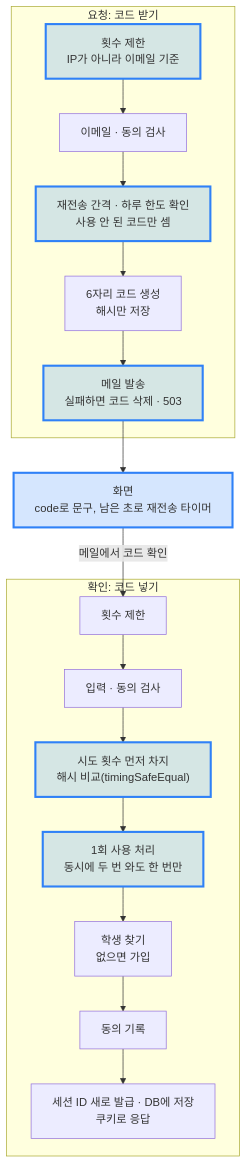
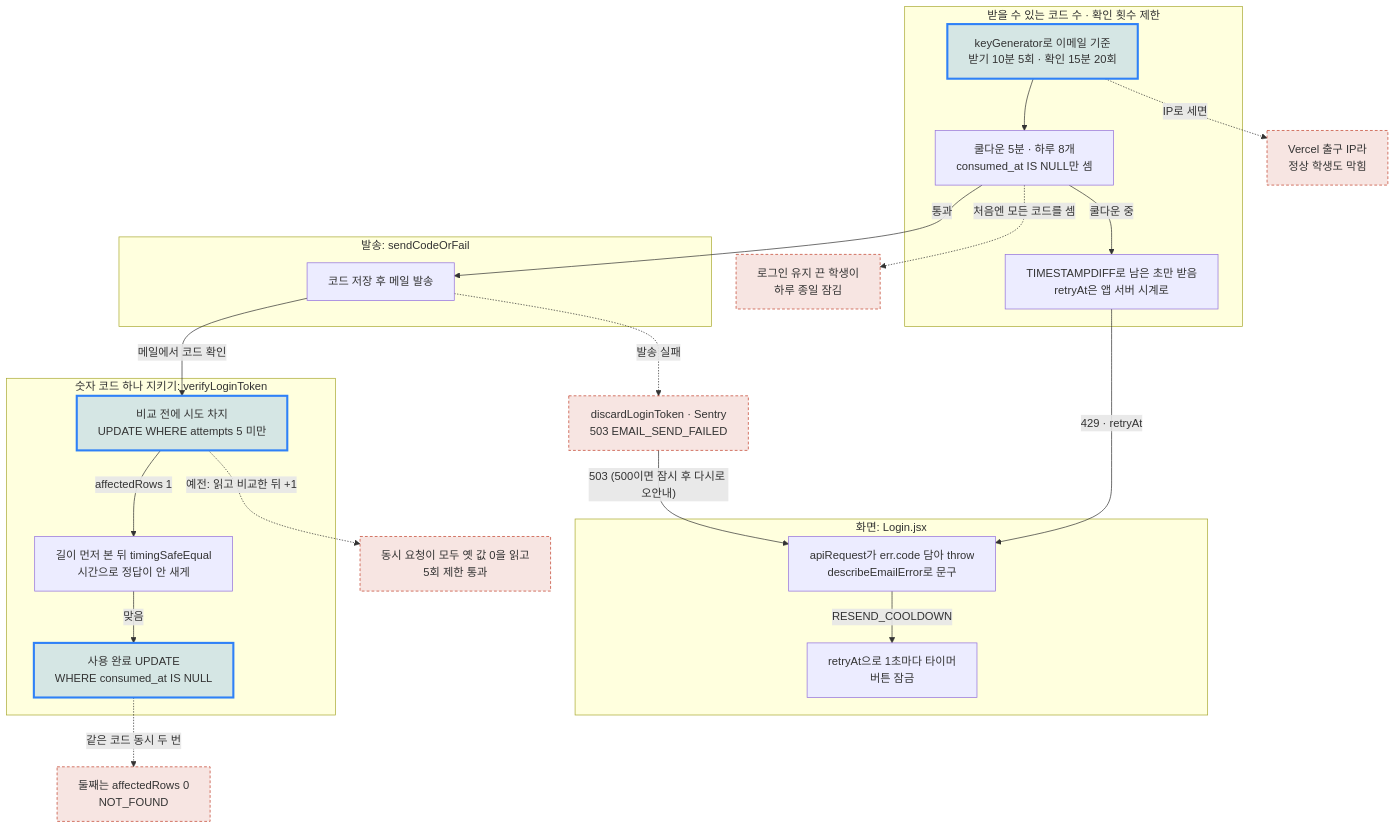
Before and after one commit to ChildrenAon/TIL: the first of 3 diagrams in 2026/November/11-11.md, drawn with Mermaid. The commit also changed other lines of this file, not shown here.

Commit message:
[ONE Student] 이메일 로그인 안전장치 [JavaScript] 이중 부정 [React] 훅 기초
고침: 맨 위 그림을 그날 내용이 담긴 그림 한 장으로 바꿈

````diff
--- a/2026/November/11-11.md
+++ b/2026/November/11-11.md
@@ -26,20 +27,34 @@
 ```mermaid
 %%{init: {"flowchart": {"wrappingWidth": 600}, "themeCSS": ".edgeLabel div { display: table-cell !important; width: auto !important; max-width: none !important; white-space: nowrap !important; } .edgeLabel p { padding: 5px 12px !important; margin: 0 !important; background: #55555599; } .edgeLabel, .edgeLabel span, .edgeLabel .labelBkg { background: transparent !important; }"}}%%
 flowchart TD
-  subgraph REQ["요청: 코드 받기"]
-    R1["횟수 제한<br/>IP가 아니라 이메일 기준"] --> R2["이메일 · 동의 검사"]
-    R2 --> R3["재전송 간격 · 하루 한도 확인<br/>사용 안 된 코드만 셈"]
-    R3 --> R4["6자리 코드 생성<br/>해시만 저장"] --> R5["메일 발송<br/>실패하면 코드 삭제 · 503"]
+  subgraph LIM["받을 수 있는 코드 수 · 확인 횟수 제한"]
+    L1["keyGenerator로 이메일 기준<br/>받기 10분 5회 · 확인 15분 20회"]
+    L1 --> L2["쿨다운 5분 · 하루 8개<br/>consumed_at IS NULL만 셈"]
+    L2 -->|"쿨다운 중"| L3["TIMESTAMPDIFF로 남은 초만 받음<br/>retryAt은 앱 서버 시계로"]
   end
-  subgraph VER["확인: 코드 넣기"]
-    V1["횟수 제한"] --> V2["입력 · 동의 검사"]
-    V2 --> V3["시도 횟수 먼저 차지<br/>해시 비교(timingSafeEqual)"]
-    V3 --> V4["1회 사용 처리<br/>동시에 두 번 와도 한 번만"]
-    V4 --> V5["학생 찾기<br/>없으면 가입"] --> V6["동의 기록"]
-    V6 --> V7["세션 ID 새로 발급 · DB에 저장<br/>쿠키로 응답"]
+  subgraph SEND["발송: sendCodeOrFail"]
+    M1["코드 저장 후 메일 발송"]
   end
-  R5 --> UI["화면<br/>code로 문구, 남은 초로 재전송 타이머"]
-  UI -->|"메일에서 코드 확인"| V1
+  subgraph UIG["화면: Login.jsx"]
+    U1["apiRequest가 err.code 담아 throw<br/>describeEmailError로 문구"]
+    U1 -->|"RESEND_COOLDOWN"| U2["retryAt으로 1초마다 타이머<br/>버튼 잠금"]
+  end
+  subgraph VER["숫자 코드 하나 지키기: verifyLoginToken"]
+    V1["비교 전에 시도 차지<br/>UPDATE WHERE attempts 5 미만"]
+    V1 -->|"affectedRows 1"| V2["길이 먼저 본 뒤 timingSafeEqual<br/>시간으로 정답이 안 새게"]
+    V2 -->|"맞음"| V3["사용 완료 UPDATE<br/>WHERE consumed_at IS NULL"]
+  end
+  L2 -->|"통과"| M1
+  L3 -->|"429 · retryAt"| U1
+  M1 -.->|"발송 실패"| M2["discardLoginToken · Sentry<br/>503 EMAIL_SEND_FAILED"]
+  M2 -->|"503 (500이면 잠시 후 다시로 오안내)"| U1
+  M1 -->|"메일에서 코드 확인"| V1
+  L1 -.->|"IP로 세면"| XB1["Vercel 출구 IP라<br/>정상 학생도 막힘"]
+  L2 -.->|"처음엔 모든 코드를 셈"| XL2["로그인 유지 끈 학생이<br/>하루 종일 잠김"]
+  V1 -.->|"예전: 읽고 비교한 뒤 +1"| XV1["동시 요청이 모두 옛 값 0을 읽고<br/>5회 제한 통과"]
+  V3 -.->|"같은 코드 동시 두 번"| XV3["둘째는 affectedRows 0<br/>NOT_FOUND"]
   classDef seen fill:#2f81f733,stroke:#2f81f7,stroke-width:3px
-  class R1,R3,R5,UI,V3,V4 seen
+  classDef bad fill:#c2402a22,stroke:#c2402a,stroke-dasharray:4 3
+  class L1,V1,V3 seen
+  class M2,XB1,XL2,XV1,XV3 bad
 ```
````
